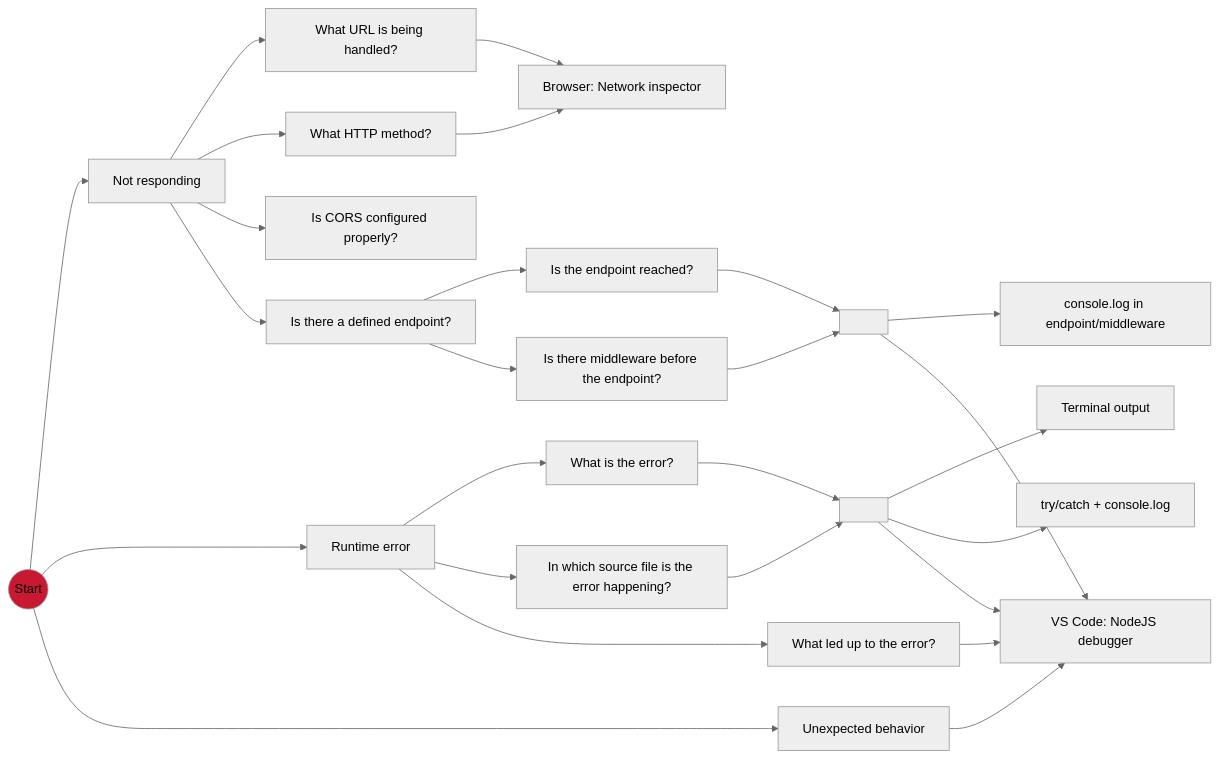
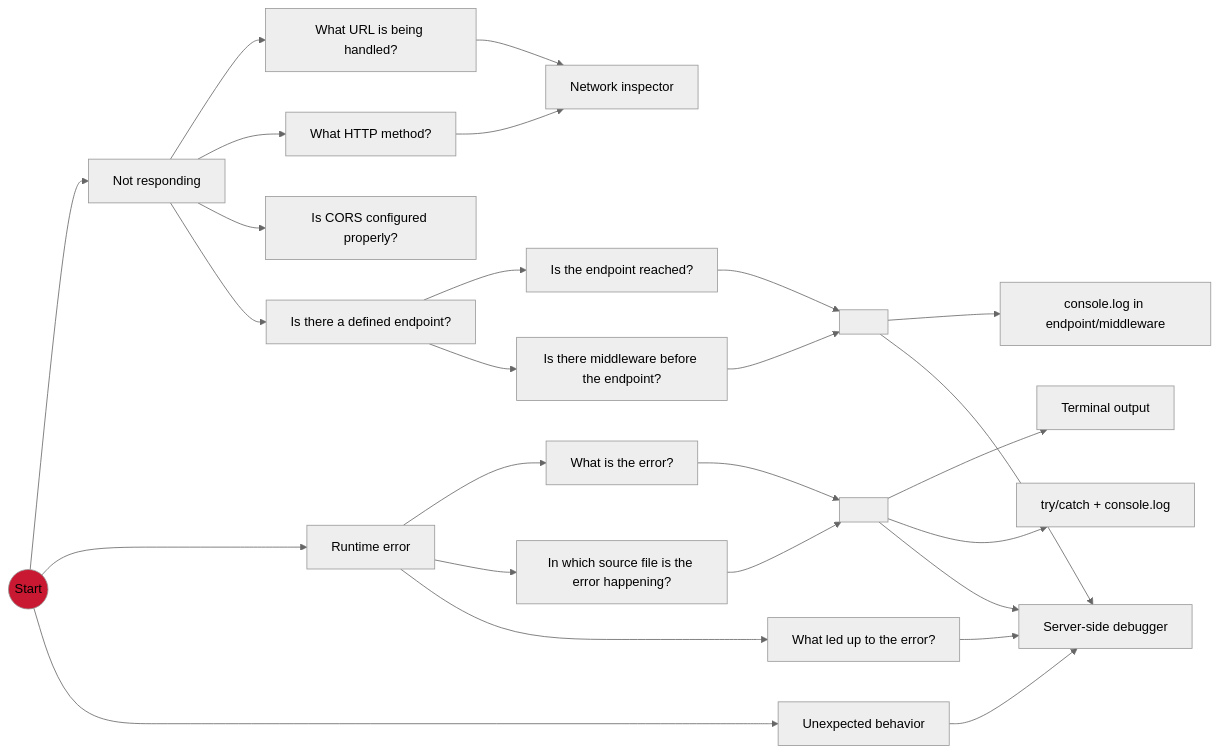
Before and after one commit to zspitz/debuggingProcess: the fourth of 5 diagrams in README.md, drawn with Mermaid (neutral theme). The commit also changed other lines of this file, not shown here.

````diff
--- a/README.md
+++ b/README.md
@@ -87,16 +89,16 @@
 ```mermaid
 graph LR
-Start((Start)) --> N085[Not responding] --> N086[What URL is being handled?] & N087[What HTTP method?] --> N088[Browser: Network inspector]
+Start((Start)) --> N085[Not responding] --> N086[What URL is being handled?] & N087[What HTTP method?] --> N088[Network inspector]
 
 N085 --> N089[Is CORS configured properly?]
 
 N085 --> N090[Is there a defined endpoint?] --> N091[Is the endpoint reached?] & N092[Is there middleware before the endpoint?] --> N093[ ] --> N094[console.log in endpoint/middleware] & N095[VS Code: NodeJS debugger]
 
-Start --> N096[Runtime error] --> N097[What is the error?] & N098[In which source file is the error happening?] --> N099[ ] --> N104[Terminal output] & N100[try/catch + console.log] & N095[VS Code: NodeJS debugger]
+Start --> N096[Runtime error] --> N097[What is the error?] & N098[In which source file is the error happening?] --> N099[ ] --> N104[Terminal output] & N100[try/catch + console.log] & N095[Server-side debugger]
 
 N096 --> N102[What led up to the error?] --> N095
 
 Start --> N103[Unexpected behavior] --> N095
 
 style Start fill:#c91831
 ```
````
